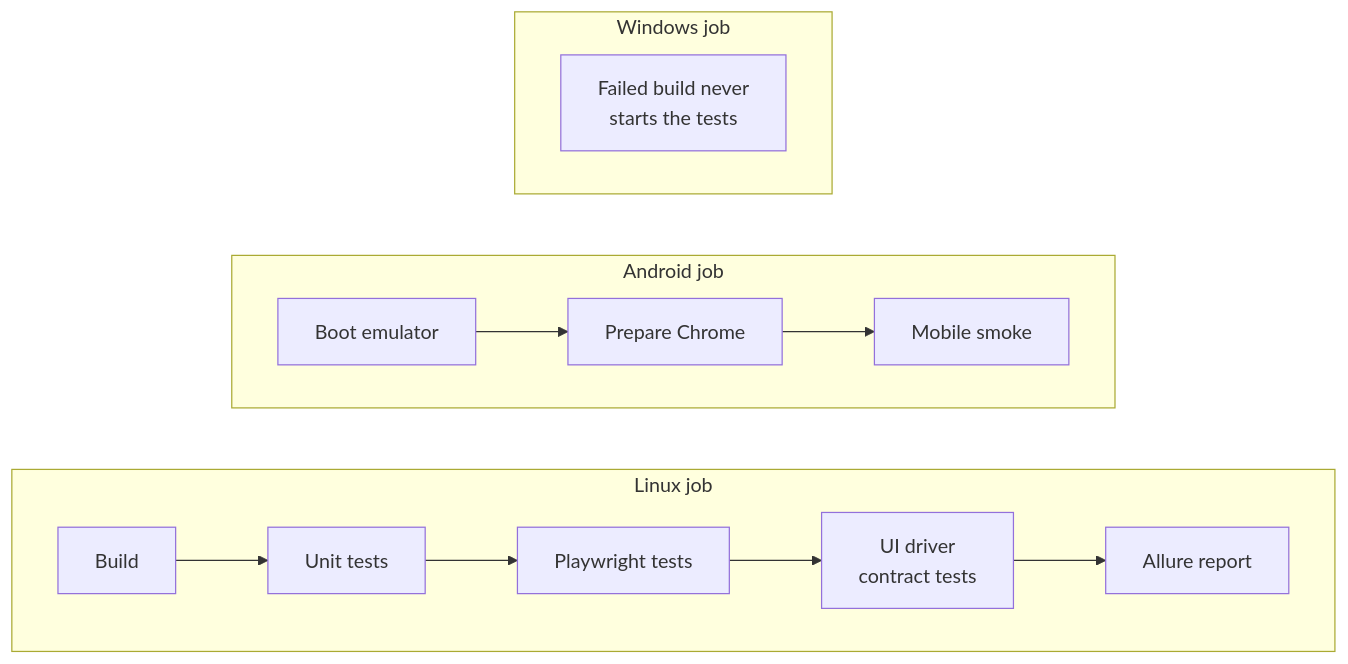
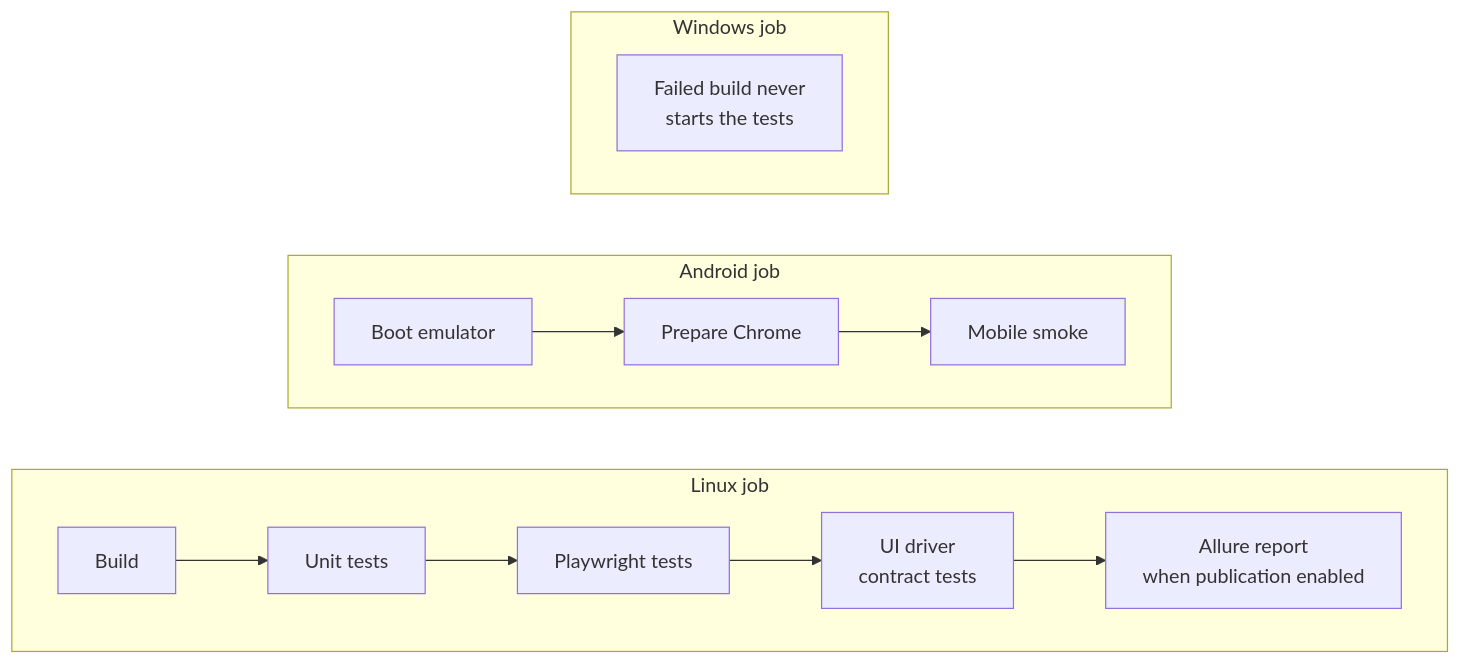
One commit to ravs788/complete-test-automation-fmw changed the sixth of 6 diagrams in docs/DIAGRAMS.md. Above: the diagram before and after it, drawn with Mermaid. The commit also changed other lines of this file and 36 other files, not shown here.

````diff
--- a/docs/DIAGRAMS.md
+++ b/docs/DIAGRAMS.md
@@ -195,15 +195,15 @@
 ```mermaid
 flowchart LR
     subgraph L["Linux job"]
         direction LR
-        L1["Build"] --> L2["Unit tests"] --> L3["Playwright tests"] --> L5["UI driver<br/>contract tests"] --> L4["Allure report"]
+        L1["Build"] --> L2["Unit tests"] --> L3["Playwright tests"] --> L5["UI driver<br/>contract tests"] --> L4["Allure report<br/>when publication enabled"]
     end
     subgraph M["Android job"]
         direction LR
         M1["Boot emulator"] --> M2["Prepare Chrome"] --> M3["Mobile smoke"]
     end
     subgraph W["Windows job"]
         direction LR
         W1["Failed build never<br/>starts the tests"]
     end
 ```
````
